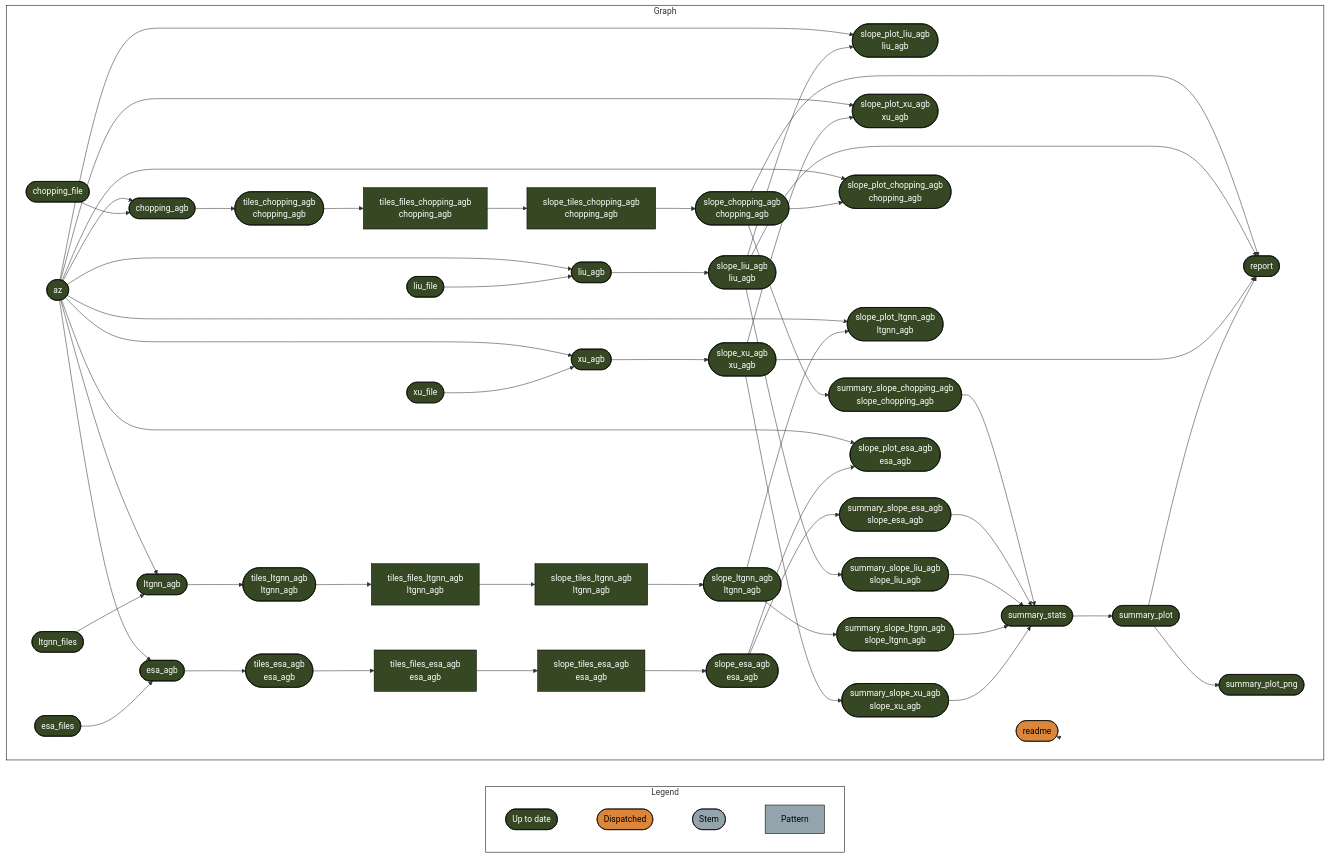
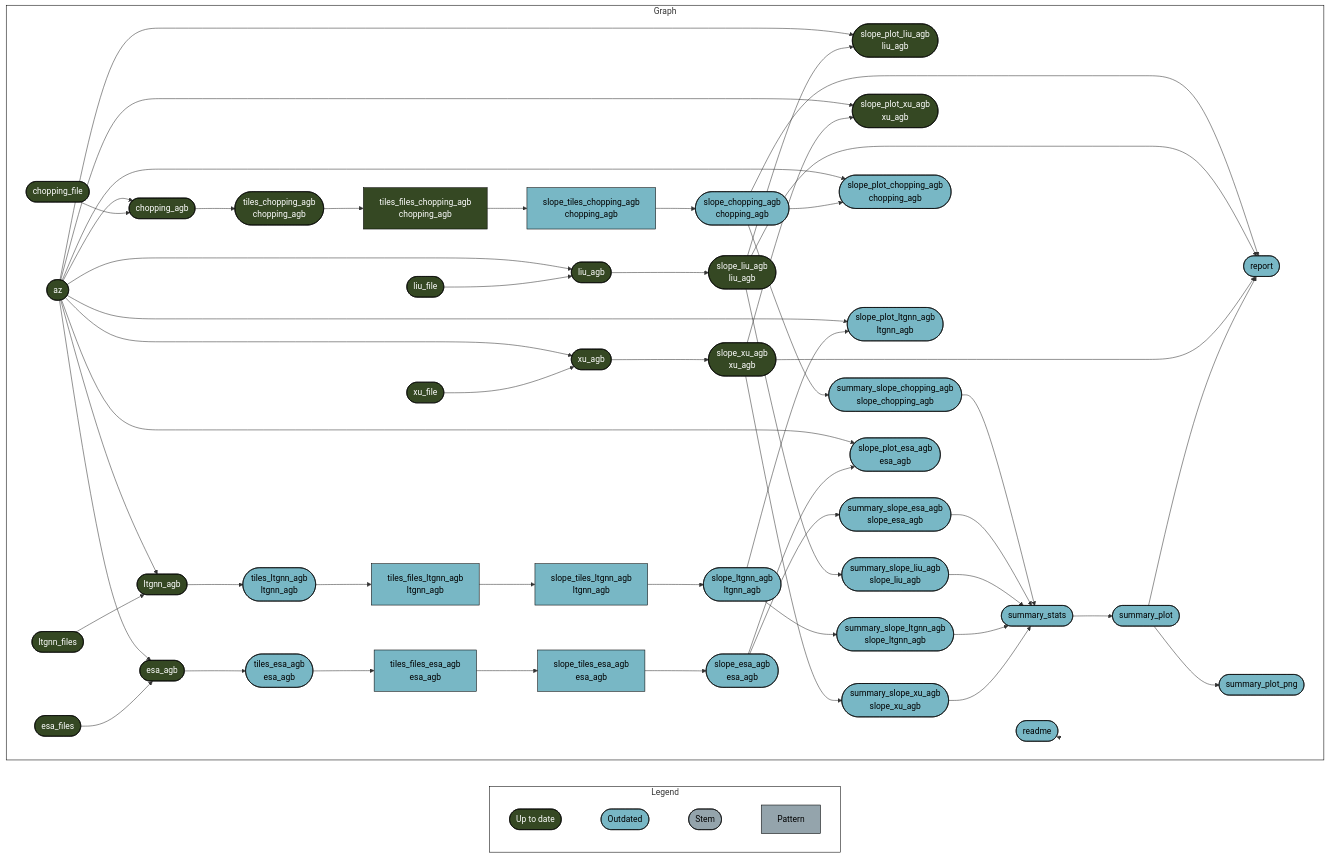
Before and after one commit to EcosystemEcologyLab/AZ-AGB-trend: the diagram in README.md, drawn with Mermaid. The commit also changed other lines of this file and 1 other file, not shown here.

Commit message:
add note about data

````diff
--- a/README.md
+++ b/README.md
@@ -36,72 +46,72 @@
 ``` mermaid
 graph LR
   style Legend fill:#FFFFFF00,stroke:#000000;
   style Graph fill:#FFFFFF00,stroke:#000000;
   subgraph Legend
     direction LR
-    xf1522833a4d242c5([""Up to date""]):::uptodate --- xb6630624a7b3aa0f([""Dispatched""]):::dispatched
-    xb6630624a7b3aa0f([""Dispatched""]):::dispatched --- xd03d7c7dd2ddda2b([""Stem""]):::none
+    xf1522833a4d242c5([""Up to date""]):::uptodate --- x2db1ec7a48f65a9b([""Outdated""]):::outdated
+    x2db1ec7a48f65a9b([""Outdated""]):::outdated --- xd03d7c7dd2ddda2b([""Stem""]):::none
     xd03d7c7dd2ddda2b([""Stem""]):::none --- x6f7e04ea3427f824[""Pattern""]:::none
   end
   subgraph Graph
     direction LR
-    xf99622c5fc8ef45a(["ltgnn_agb"]):::uptodate --> x7e3ed8ef27617b0c(["tiles_ltgnn_agb<br>ltgnn_agb"]):::uptodate
+    xf99622c5fc8ef45a(["ltgnn_agb"]):::uptodate --> x7e3ed8ef27617b0c(["tiles_ltgnn_agb<br>ltgnn_agb"]):::outdated
     xd175b91b13bd123d(["az"]):::uptodate --> x7b18c44a5b46e7c6(["slope_plot_liu_agb<br>liu_agb"]):::uptodate
     x19861953fb240462(["slope_liu_agb<br>liu_agb"]):::uptodate --> x7b18c44a5b46e7c6(["slope_plot_liu_agb<br>liu_agb"]):::uptodate
     xf4e158caecdccb15(["chopping_agb"]):::uptodate --> x6768884bc669c5f9(["tiles_chopping_agb<br>chopping_agb"]):::uptodate
     xd175b91b13bd123d(["az"]):::uptodate --> xf99622c5fc8ef45a(["ltgnn_agb"]):::uptodate
     x00f89745e3b925a1(["ltgnn_files"]):::uptodate --> xf99622c5fc8ef45a(["ltgnn_agb"]):::uptodate
-    x19861953fb240462(["slope_liu_agb<br>liu_agb"]):::uptodate --> x934c6d5503713b06(["summary_slope_liu_agb<br>slope_liu_agb"]):::uptodate
-    xb8c4f257f8f5cc00["slope_tiles_esa_agb<br>esa_agb"]:::uptodate --> x2b62872927f90ba0(["slope_esa_agb<br>esa_agb"]):::uptodate
-    x9035538e1c606cb6(["slope_chopping_agb<br>chopping_agb"]):::uptodate --> xb72891f20a5b8df1(["report"]):::uptodate
-    x19861953fb240462(["slope_liu_agb<br>liu_agb"]):::uptodate --> xb72891f20a5b8df1(["report"]):::uptodate
-    x3bcb242414a73cf6(["slope_xu_agb<br>xu_agb"]):::uptodate --> xb72891f20a5b8df1(["report"]):::uptodate
-    x000fd996de9c9b5d(["summary_plot"]):::uptodate --> xb72891f20a5b8df1(["report"]):::uptodate
+    x19861953fb240462(["slope_liu_agb<br>liu_agb"]):::uptodate --> x934c6d5503713b06(["summary_slope_liu_agb<br>slope_liu_agb"]):::outdated
+    xb8c4f257f8f5cc00["slope_tiles_esa_agb<br>esa_agb"]:::outdated --> x2b62872927f90ba0(["slope_esa_agb<br>esa_agb"]):::outdated
+    x9035538e1c606cb6(["slope_chopping_agb<br>chopping_agb"]):::outdated --> xb72891f20a5b8df1(["report"]):::outdated
+    x19861953fb240462(["slope_liu_agb<br>liu_agb"]):::uptodate --> xb72891f20a5b8df1(["report"]):::outdated
+    x3bcb242414a73cf6(["slope_xu_agb<br>xu_agb"]):::uptodate --> xb72891f20a5b8df1(["report"]):::outdated
+    x000fd996de9c9b5d(["summary_plot"]):::outdated --> xb72891f20a5b8df1(["report"]):::outdated
     xd175b91b13bd123d(["az"]):::uptodate --> xc1dac2c05b606c65(["slope_plot_xu_agb<br>xu_agb"]):::uptodate
     x3bcb242414a73cf6(["slope_xu_agb<br>xu_agb"]):::uptodate --> xc1dac2c05b606c65(["slope_plot_xu_agb<br>xu_agb"]):::uptodate
-    x3bcb242414a73cf6(["slope_xu_agb<br>xu_agb"]):::uptodate --> x1c4a7d9fb56ed3d5(["summary_slope_xu_agb<br>slope_xu_agb"]):::uptodate
-    xd175b91b13bd123d(["az"]):::uptodate --> x85cf752f78e30db8(["slope_plot_chopping_agb<br>chopping_agb"]):::uptodate
-    x9035538e1c606cb6(["slope_chopping_agb<br>chopping_agb"]):::uptodate --> x85cf752f78e30db8(["slope_plot_chopping_agb<br>chopping_agb"]):::uptodate
+    x3bcb242414a73cf6(["slope_xu_agb<br>xu_agb"]):::uptodate --> x1c4a7d9fb56ed3d5(["summary_slope_xu_agb<br>slope_xu_agb"]):::outdated
+    xd175b91b13bd123d(["az"]):::uptodate --> x85cf752f78e30db8(["slope_plot_chopping_agb<br>chopping_agb"]):::outdated
+    x9035538e1c606cb6(["slope_chopping_agb<br>chopping_agb"]):::outdated --> x85cf752f78e30db8(["slope_plot_chopping_agb<br>chopping_agb"]):::outdated
     xd175b91b13bd123d(["az"]):::uptodate --> xf4e158caecdccb15(["chopping_agb"]):::uptodate
     x34fa7583752e3167(["chopping_file"]):::uptodate --> xf4e158caecdccb15(["chopping_agb"]):::uptodate
-    xd175b91b13bd123d(["az"]):::uptodate --> x7200ced56d430735(["slope_plot_ltgnn_agb<br>ltgnn_agb"]):::uptodate
-    x01a6772d1976e35e(["slope_ltgnn_agb<br>ltgnn_agb"]):::uptodate --> x7200ced56d430735(["slope_plot_ltgnn_agb<br>ltgnn_agb"]):::uptodate
-    xd0c88814a818c03c["tiles_files_ltgnn_agb<br>ltgnn_agb"]:::uptodate --> x4b1136645d9b9d11["slope_tiles_ltgnn_agb<br>ltgnn_agb"]:::uptodate
-    x2b62872927f90ba0(["slope_esa_agb<br>esa_agb"]):::uptodate --> xb538f1edee56fb8e(["summary_slope_esa_agb<br>slope_esa_agb"]):::uptodate
+    xd175b91b13bd123d(["az"]):::uptodate --> x7200ced56d430735(["slope_plot_ltgnn_agb<br>ltgnn_agb"]):::outdated
+    x01a6772d1976e35e(["slope_ltgnn_agb<br>ltgnn_agb"]):::outdated --> x7200ced56d430735(["slope_plot_ltgnn_agb<br>ltgnn_agb"]):::outdated
+    xd0c88814a818c03c["tiles_files_ltgnn_agb<br>ltgnn_agb"]:::outdated --> x4b1136645d9b9d11["slope_tiles_ltgnn_agb<br>ltgnn_agb"]:::outdated
+    x2b62872927f90ba0(["slope_esa_agb<br>esa_agb"]):::outdated --> xb538f1edee56fb8e(["summary_slope_esa_agb<br>slope_esa_agb"]):::outdated
     xd175b91b13bd123d(["az"]):::uptodate --> x55cd1a25824d6c45(["xu_agb"]):::uptodate
     x4f83a8bb6986eb55(["xu_file"]):::uptodate --> x55cd1a25824d6c45(["xu_agb"]):::uptodate
-    xf12eae5dccac7288["tiles_files_esa_agb<br>esa_agb"]:::uptodate --> xb8c4f257f8f5cc00["slope_tiles_esa_agb<br>esa_agb"]:::uptodate
-    x1df925585a964a4f(["summary_stats"]):::uptodate --> x000fd996de9c9b5d(["summary_plot"]):::uptodate
-    xfd911c6a5ce68b32(["tiles_esa_agb<br>esa_agb"]):::uptodate --> xf12eae5dccac7288["tiles_files_esa_agb<br>esa_agb"]:::uptodate
+    xf12eae5dccac7288["tiles_files_esa_agb<br>esa_agb"]:::outdated --> xb8c4f257f8f5cc00["slope_tiles_esa_agb<br>esa_agb"]:::outdated
+    x1df925585a964a4f(["summary_stats"]):::outdated --> x000fd996de9c9b5d(["summary_plot"]):::outdated
+    xfd911c6a5ce68b32(["tiles_esa_agb<br>esa_agb"]):::outdated --> xf12eae5dccac7288["tiles_files_esa_agb<br>esa_agb"]:::outdated
     xd175b91b13bd123d(["az"]):::uptodate --> x9126df164c036a5c(["liu_agb"]):::uptodate
     x19766d176d835c12(["liu_file"]):::uptodate --> x9126df164c036a5c(["liu_agb"]):::uptodate
-    xb5861ed11a909dd6["tiles_files_chopping_agb<br>chopping_agb"]:::uptodate --> x09b7490629889bf8["slope_tiles_chopping_agb<br>chopping_agb"]:::uptodate
-    x7e3ed8ef27617b0c(["tiles_ltgnn_agb<br>ltgnn_agb"]):::uptodate --> xd0c88814a818c03c["tiles_files_ltgnn_agb<br>ltgnn_agb"]:::uptodate
+    xb5861ed11a909dd6["tiles_files_chopping_agb<br>chopping_agb"]:::uptodate --> x09b7490629889bf8["slope_tiles_chopping_agb<br>chopping_agb"]:::outdated
+    x7e3ed8ef27617b0c(["tiles_ltgnn_agb<br>ltgnn_agb"]):::outdated --> xd0c88814a818c03c["tiles_files_ltgnn_agb<br>ltgnn_agb"]:::outdated
     xd175b91b13bd123d(["az"]):::uptodate --> x20b6251b56892c2a(["esa_agb"]):::uptodate
     x151ce04cb638b59b(["esa_files"]):::uptodate --> x20b6251b56892c2a(["esa_agb"]):::uptodate
     x9126df164c036a5c(["liu_agb"]):::uptodate --> x19861953fb240462(["slope_liu_agb<br>liu_agb"]):::uptodate
-    x000fd996de9c9b5d(["summary_plot"]):::uptodate --> x14470e08f150281f(["summary_plot_png"]):::uptodate
-    x4b1136645d9b9d11["slope_tiles_ltgnn_agb<br>ltgnn_agb"]:::uptodate --> x01a6772d1976e35e(["slope_ltgnn_agb<br>ltgnn_agb"]):::uptodate
+    x000fd996de9c9b5d(["summary_plot"]):::outdated --> x14470e08f150281f(["summary_plot_png"]):::outdated
+    x4b1136645d9b9d11["slope_tiles_ltgnn_agb<br>ltgnn_agb"]:::outdated --> x01a6772d1976e35e(["slope_ltgnn_agb<br>ltgnn_agb"]):::outdated
     x55cd1a25824d6c45(["xu_agb"]):::uptodate --> x3bcb242414a73cf6(["slope_xu_agb<br>xu_agb"]):::uptodate
-    x09b7490629889bf8["slope_tiles_chopping_agb<br>chopping_agb"]:::uptodate --> x9035538e1c606cb6(["slope_chopping_agb<br>chopping_agb"]):::uptodate
-    x01a6772d1976e35e(["slope_ltgnn_agb<br>ltgnn_agb"]):::uptodate --> xa16d430869e8e273(["summary_slope_ltgnn_agb<br>slope_ltgnn_agb"]):::uptodate
-    xd175b91b13bd123d(["az"]):::uptodate --> x88a086ea53d4cf03(["slope_plot_esa_agb<br>esa_agb"]):::uptodate
-    x2b62872927f90ba0(["slope_esa_agb<br>esa_agb"]):::uptodate --> x88a086ea53d4cf03(["slope_plot_esa_agb<br>esa_agb"]):::uptodate
-    x20b6251b56892c2a(["esa_agb"]):::uptodate --> xfd911c6a5ce68b32(["tiles_esa_agb<br>esa_agb"]):::uptodate
+    x09b7490629889bf8["slope_tiles_chopping_agb<br>chopping_agb"]:::outdated --> x9035538e1c606cb6(["slope_chopping_agb<br>chopping_agb"]):::outdated
+    x01a6772d1976e35e(["slope_ltgnn_agb<br>ltgnn_agb"]):::outdated --> xa16d430869e8e273(["summary_slope_ltgnn_agb<br>slope_ltgnn_agb"]):::outdated
+    xd175b91b13bd123d(["az"]):::uptodate --> x88a086ea53d4cf03(["slope_plot_esa_agb<br>esa_agb"]):::outdated
+    x2b62872927f90ba0(["slope_esa_agb<br>esa_agb"]):::outdated --> x88a086ea53d4cf03(["slope_plot_esa_agb<br>esa_agb"]):::outdated
+    x20b6251b56892c2a(["esa_agb"]):::uptodate --> xfd911c6a5ce68b32(["tiles_esa_agb<br>esa_agb"]):::outdated
     x6768884bc669c5f9(["tiles_chopping_agb<br>chopping_agb"]):::uptodate --> xb5861ed11a909dd6["tiles_files_chopping_agb<br>chopping_agb"]:::uptodate
-    x9035538e1c606cb6(["slope_chopping_agb<br>chopping_agb"]):::uptodate --> x0d6d34d4d7cb30cd(["summary_slope_chopping_agb<br>slope_chopping_agb"]):::uptodate
-    x0d6d34d4d7cb30cd(["summary_slope_chopping_agb<br>slope_chopping_agb"]):::uptodate --> x1df925585a964a4f(["summary_stats"]):::uptodate
-    xb538f1edee56fb8e(["summary_slope_esa_agb<br>slope_esa_agb"]):::uptodate --> x1df925585a964a4f(["summary_stats"]):::uptodate
-    x934c6d5503713b06(["summary_slope_liu_agb<br>slope_liu_agb"]):::uptodate --> x1df925585a964a4f(["summary_stats"]):::uptodate
-    xa16d430869e8e273(["summary_slope_ltgnn_agb<br>slope_ltgnn_agb"]):::uptodate --> x1df925585a964a4f(["summary_stats"]):::uptodate
-    x1c4a7d9fb56ed3d5(["summary_slope_xu_agb<br>slope_xu_agb"]):::uptodate --> x1df925585a964a4f(["summary_stats"]):::uptodate
-    xc11069275cfeb620(["readme"]):::dispatched --> xc11069275cfeb620(["readme"]):::dispatched
+    x9035538e1c606cb6(["slope_chopping_agb<br>chopping_agb"]):::outdated --> x0d6d34d4d7cb30cd(["summary_slope_chopping_agb<br>slope_chopping_agb"]):::outdated
+    x0d6d34d4d7cb30cd(["summary_slope_chopping_agb<br>slope_chopping_agb"]):::outdated --> x1df925585a964a4f(["summary_stats"]):::outdated
+    xb538f1edee56fb8e(["summary_slope_esa_agb<br>slope_esa_agb"]):::outdated --> x1df925585a964a4f(["summary_stats"]):::outdated
+    x934c6d5503713b06(["summary_slope_liu_agb<br>slope_liu_agb"]):::outdated --> x1df925585a964a4f(["summary_stats"]):::outdated
+    xa16d430869e8e273(["summary_slope_ltgnn_agb<br>slope_ltgnn_agb"]):::outdated --> x1df925585a964a4f(["summary_stats"]):::outdated
+    x1c4a7d9fb56ed3d5(["summary_slope_xu_agb<br>slope_xu_agb"]):::outdated --> x1df925585a964a4f(["summary_stats"]):::outdated
+    xc11069275cfeb620(["readme"]):::outdated --> xc11069275cfeb620(["readme"]):::outdated
   end
   classDef uptodate stroke:#000000,color:#ffffff,fill:#354823;
-  classDef dispatched stroke:#000000,color:#000000,fill:#DC863B;
+  classDef outdated stroke:#000000,color:#000000,fill:#78B7C5;
   classDef none stroke:#000000,color:#000000,fill:#94a4ac;
   linkStyle 0 stroke-width:0px;
   linkStyle 1 stroke-width:0px;
   linkStyle 2 stroke-width:0px;
   linkStyle 53 stroke-width:0px;
 ```
````
